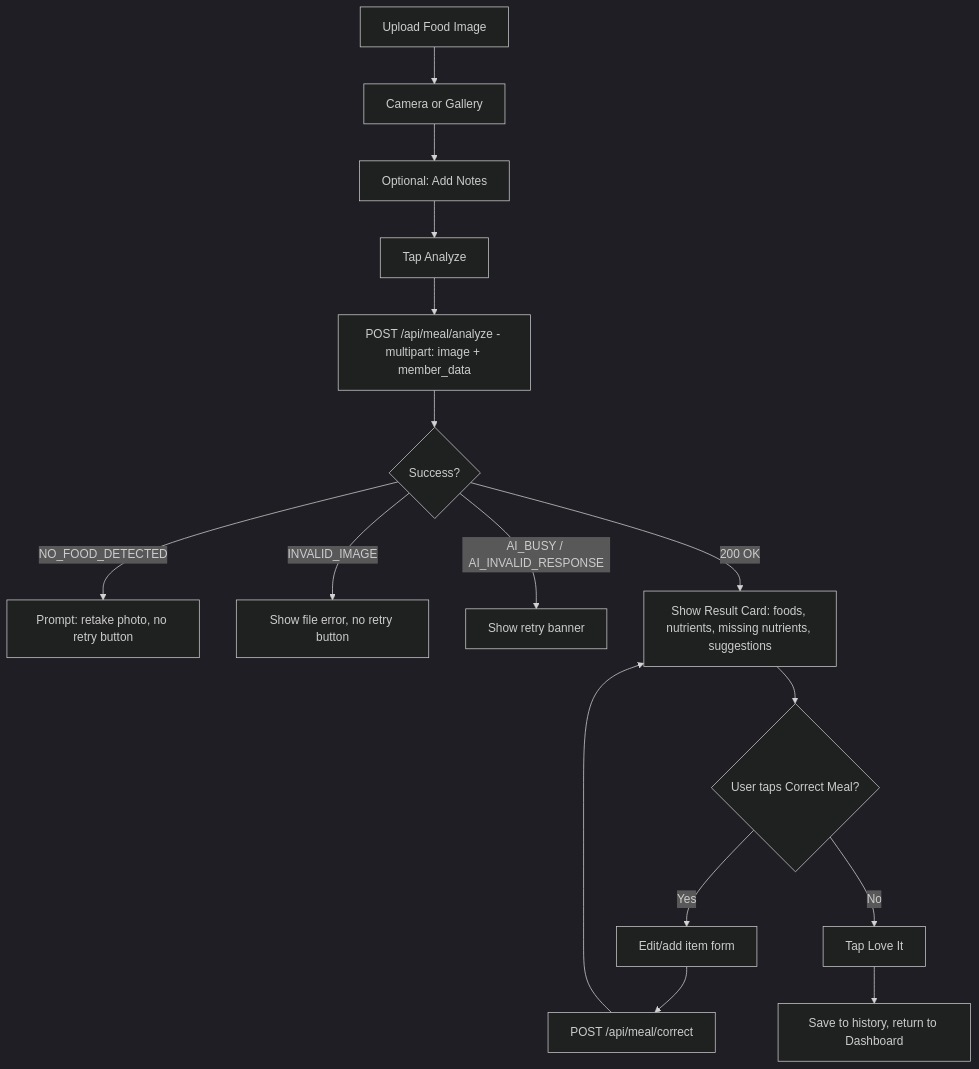
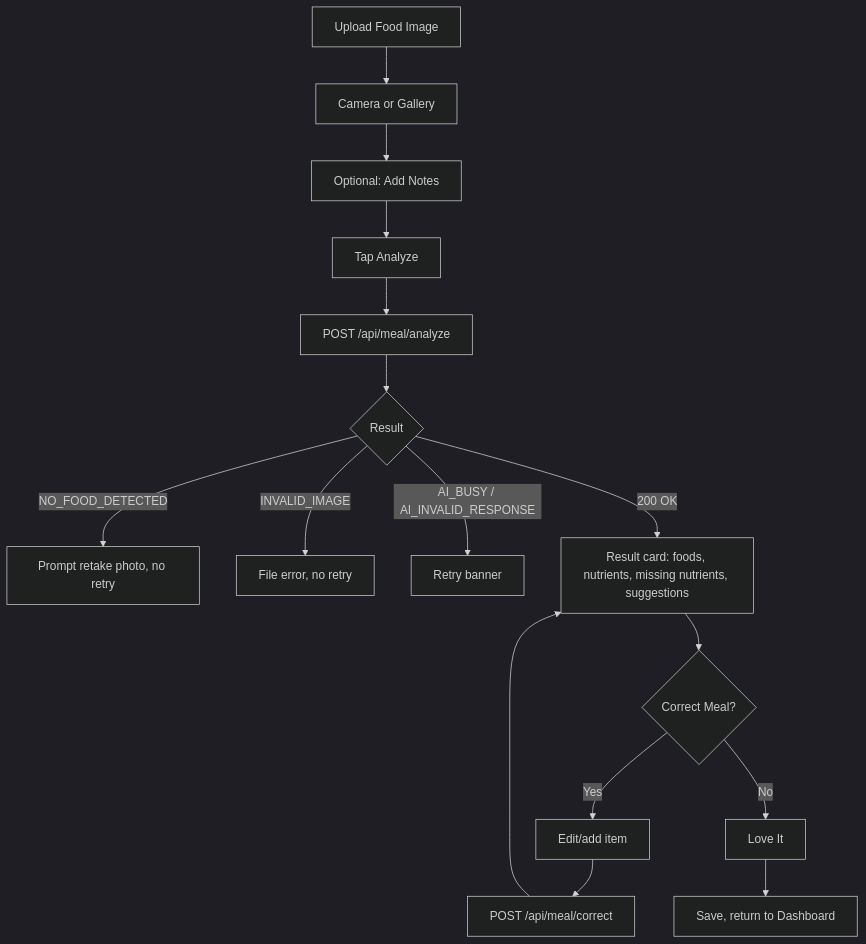
One commit to subhi19/nutriwise-ai changed the sixth of 9 diagrams in docs/frontend-flow-and-business-logic.md. Above: the diagram before and after it, drawn with Mermaid (dark theme). The commit also changed other lines of this file, not shown here.

Commit message:
Update frontend doc v1.2: finalize per-day meal type selection

````diff
--- a/docs/frontend-flow-and-business-logic.md
+++ b/docs/frontend-flow-and-business-logic.md
@@ -193,18 +200,15 @@
 ```mermaid
 flowchart TD
     A[Upload Food Image] --> B[Camera or Gallery]
     B --> C[Optional: Add Notes]
     C --> D[Tap Analyze]
-    D --> E[POST /api/meal/analyze - multipart: image + member_data]
-    E --> F{Success?}
-    F -->|NO_FOOD_DETECTED| G[Prompt: retake photo, no retry button]
-    F -->|INVALID_IMAGE| H[Show file error, no retry button]
-    F -->|AI_BUSY / AI_INVALID_RESPONSE| I[Show retry banner]
-    F -->|200 OK| J[Show Result Card: foods, nutrients, missing nutrients, suggestions]
-    J --> K{User taps Correct Meal?}
-    K -->|Yes| L[Edit/add item form]
-    L --> M[POST /api/meal/correct]
-    M --> J
-    K -->|No| N[Tap Love It]
-    N --> O[Save to history, return to Dashboard]
+    D --> E[POST /api/meal/analyze]
+    E --> F{Result}
+    F -->|NO_FOOD_DETECTED| G[Prompt retake photo, no retry]
+    F -->|INVALID_IMAGE| H[File error, no retry]
+    F -->|AI_BUSY / AI_INVALID_RESPONSE| I[Retry banner]
+    F -->|200 OK| J[Result card: foods, nutrients, missing nutrients, suggestions]
+    J --> K{Correct Meal?}
+    K -->|Yes| L[Edit/add item] --> M[POST /api/meal/correct] --> J
+    K -->|No| N[Love It] --> O[Save, return to Dashboard]
 ```
````
